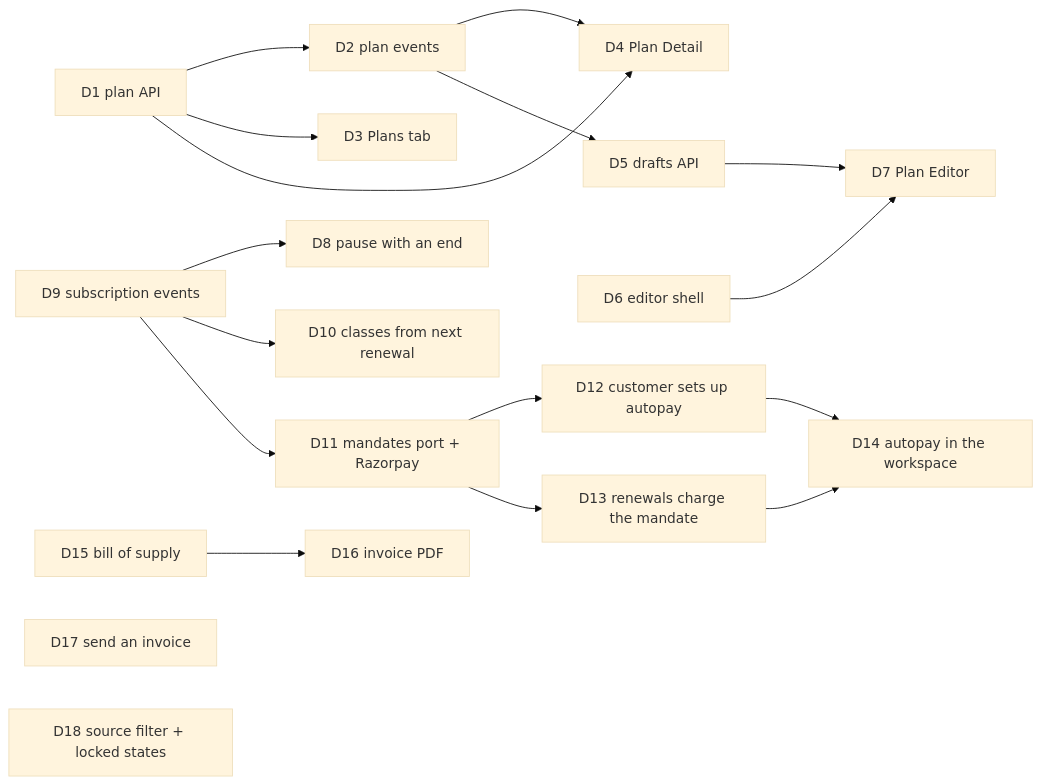
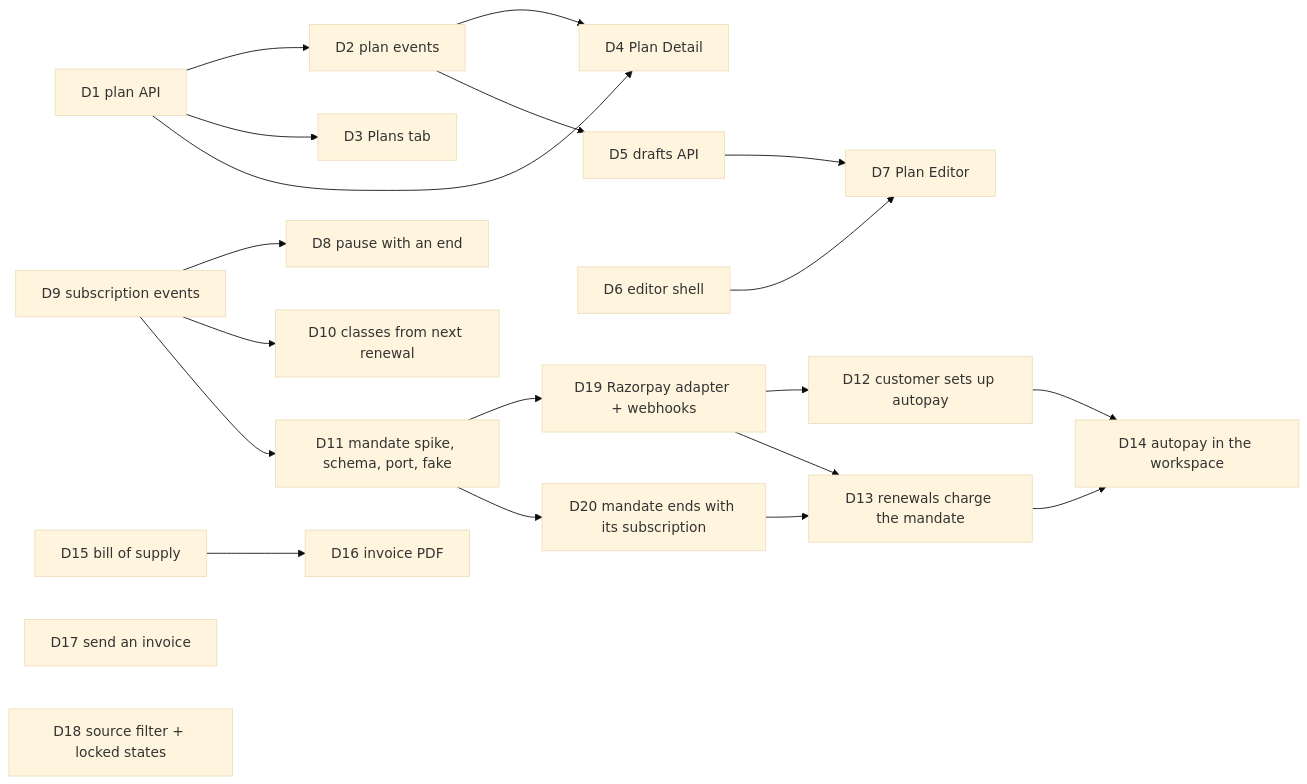
The third of 3 diagrams in docs/plans/2026-09-26-004-feat-payments-plan.md (saroh-labs/saroh.in), drawn with Mermaid (base theme) before and after one commit. The commit also changed other lines of this file, not shown here.

````diff
--- a/docs/plans/2026-09-26-004-feat-payments-plan.md
+++ b/docs/plans/2026-09-26-004-feat-payments-plan.md
@@ -278,21 +304,24 @@
 ```mermaid
 flowchart LR
   D1[D1 plan API] --> D2[D2 plan events]
   D1 --> D3[D3 Plans tab]
   D1 --> D4[D4 Plan Detail]
   D2 --> D4
   D2 --> D5[D5 drafts API]
   D6[D6 editor shell]
   D5 --> D7[D7 Plan Editor]
   D6 --> D7
   D9[D9 subscription events] --> D8[D8 pause with an end]
   D9 --> D10[D10 classes from next renewal]
-  D9 --> D11[D11 mandates port + Razorpay]
-  D11 --> D12[D12 customer sets up autopay]
-  D11 --> D13[D13 renewals charge the mandate]
+  D9 --> D11[D11 mandate spike, schema, port, fake]
+  D11 --> D19[D19 Razorpay adapter + webhooks]
+  D11 --> D20[D20 mandate ends with its subscription]
+  D19 --> D12[D12 customer sets up autopay]
+  D19 --> D13[D13 renewals charge the mandate]
+  D20 --> D13
   D13 --> D14[D14 autopay in the workspace]
   D12 --> D14
   D15[D15 bill of supply] --> D16[D16 invoice PDF]
   D17[D17 send an invoice]
   D18[D18 source filter + locked states]
 ```
````
